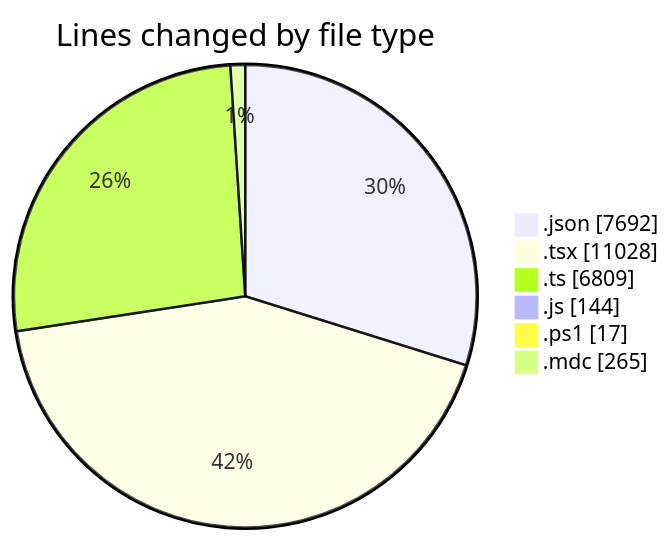
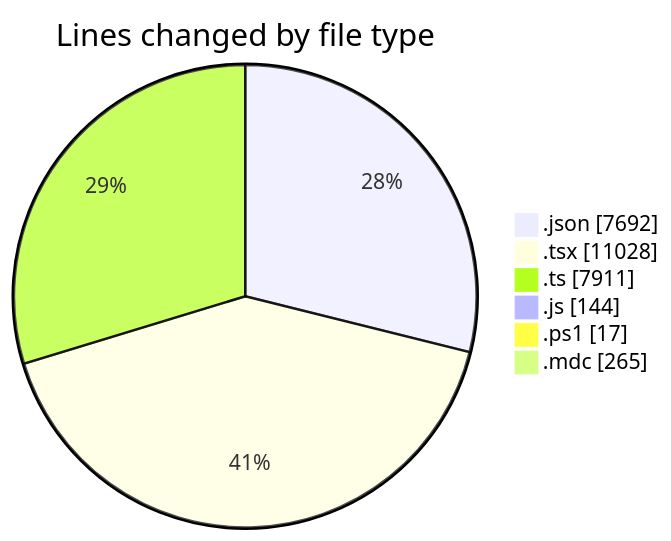
Before and after one commit to CELIANVF/code-tracking: the first of 2 diagrams in 2025-06-10/ecodeli-1/README.md, drawn with Mermaid. The commit also changed other lines of this file and 1 other file, not shown here.

````diff
--- a/2025-06-10/ecodeli-1/README.md
+++ b/2025-06-10/ecodeli-1/README.md
@@ -81,10 +82,10 @@
 ```mermaid
 pie showData
 title Lines changed by file type
 ".json" : 7692
 ".tsx" : 11028
-".ts" : 6809
+".ts" : 7911
 ".js" : 144
 ".ps1" : 17
 ".mdc" : 265
 ```
````
